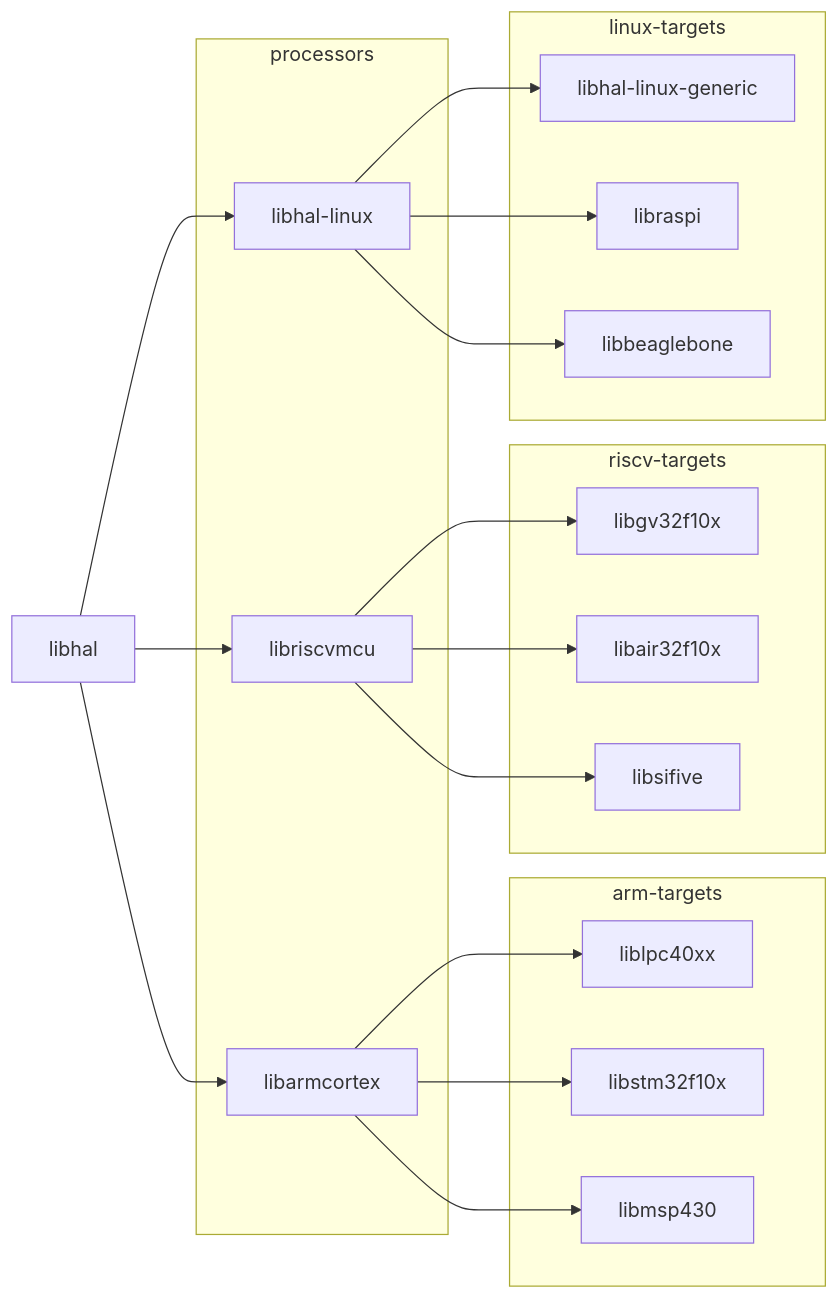
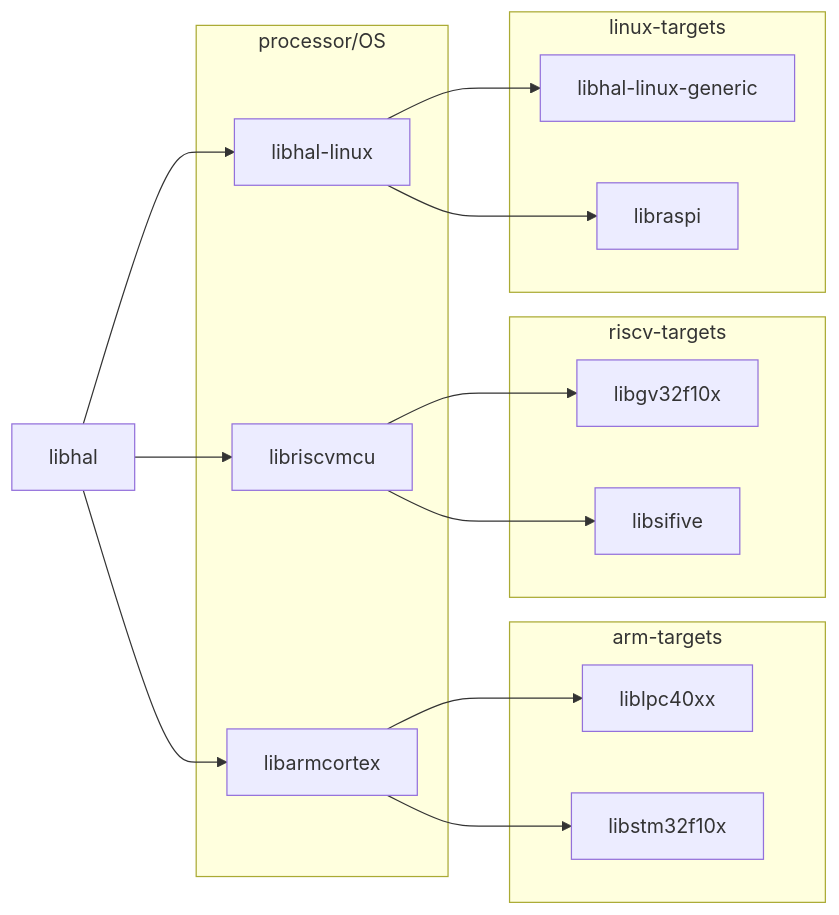
Before and after one commit to libhal-google/libhal.github.io: the first of 3 diagrams in mkdocs/design/organization.md, drawn with Mermaid. The commit also changed other lines of this file and 4 other files, not shown here.

````diff
--- a/mkdocs/design/organization.md
+++ b/mkdocs/design/organization.md
@@ -8,40 +15,34 @@
 ``` mermaid
 flowchart LR
     libhal
-    subgraph processors
+    subgraph processor/OS
       libriscvmcu
       libarmcortex
       libhal-linux
     end
     subgraph arm-targets
       liblpc40xx
       libstm32f10x
-      libmsp430
     end
     subgraph riscv-targets
       libgv32f10x
-      libair32f10x
       libsifive
     end
     subgraph linux-targets
       libhal-linux-generic
       libraspi
-      libbeaglebone
     end
 
     libhal-->libhal-linux
     libhal-->libriscvmcu
     libhal-->libarmcortex
 
     libarmcortex-->liblpc40xx
     libarmcortex-->libstm32f10x
-    libarmcortex-->libmsp430
 
     libriscvmcu-->libgv32f10x
-    libriscvmcu-->libair32f10x
     libriscvmcu-->libsifive
 
     libhal-linux-->libhal-linux-generic
     libhal-linux-->libraspi
-    libhal-linux-->libbeaglebone
 ```
````
